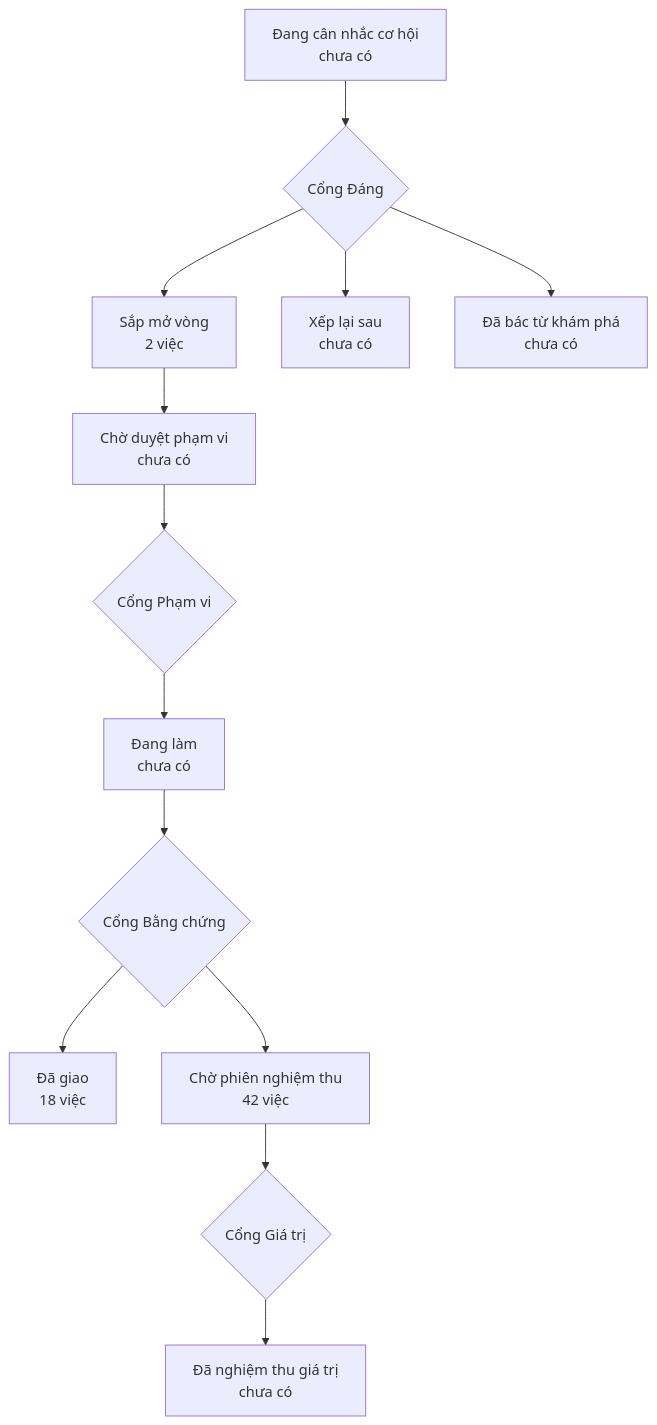
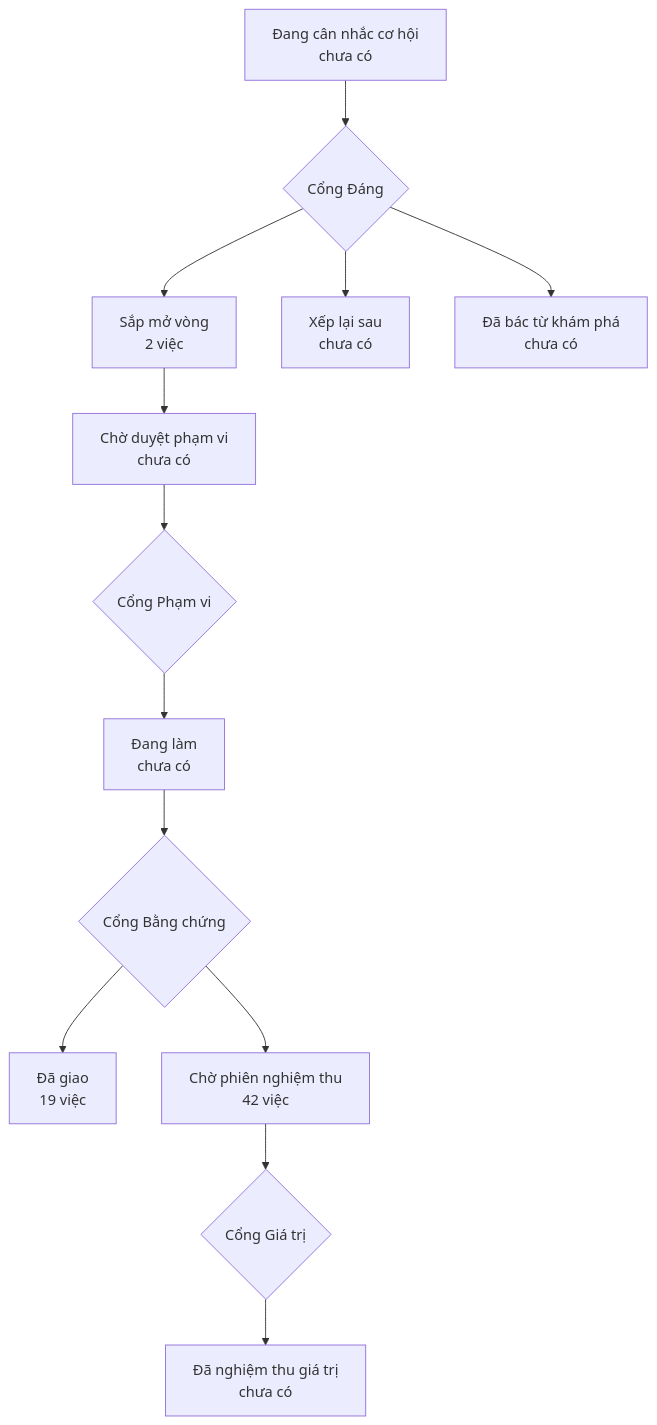
One commit to phanlemanh/onehub-quy-hang changed the diagram in PRODUCT-MAP.md. Above: the diagram before and after it, drawn with Mermaid. The commit also changed other lines of this file and 1 other file, not shown here.

Commit message:
chore: vẽ lại bản đồ và trang lộ trình sau gộp main

````diff
--- a/PRODUCT-MAP.md
+++ b/PRODUCT-MAP.md
@@ -7,12 +7,12 @@
 ```mermaid
 flowchart TD
   A["Đang cân nhắc cơ hội<br/>chưa có"] --> GD{"Cổng Đáng"}
   GD --> B["Sắp mở vòng<br/>2 việc"]
   GD --> XL["Xếp lại sau<br/>chưa có"]
   GD --> DB["Đã bác từ khám phá<br/>chưa có"]
   B --> CD["Chờ duyệt phạm vi<br/>chưa có"] --> GP{"Cổng Phạm vi"}
   GP --> DL["Đang làm<br/>chưa có"] --> GB{"Cổng Bằng chứng"}
-  GB --> DG["Đã giao<br/>18 việc"]
+  GB --> DG["Đã giao<br/>19 việc"]
   GB --> CN["Chờ phiên nghiệm thu<br/>42 việc"] --> GG{"Cổng Giá trị"}
   GG --> NT["Đã nghiệm thu giá trị<br/>chưa có"]
 ```
````
